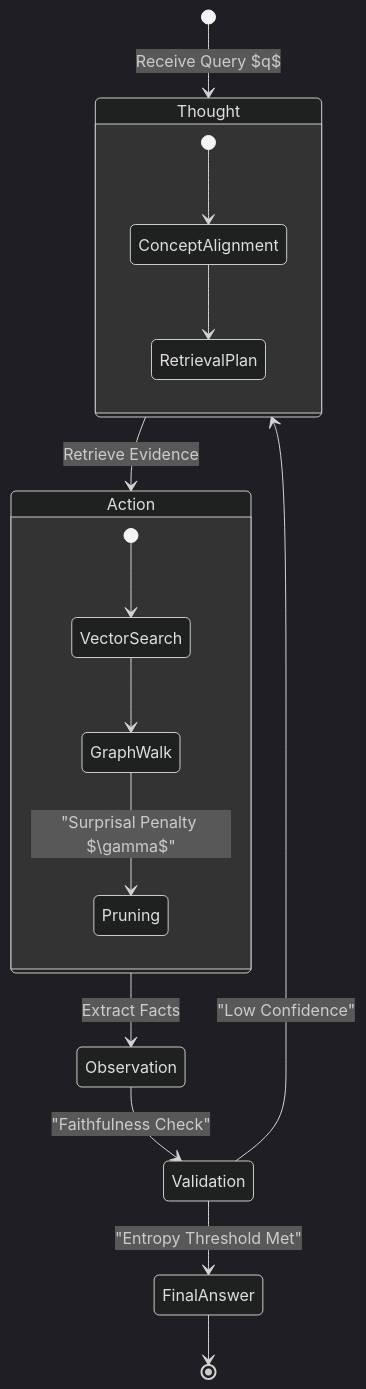
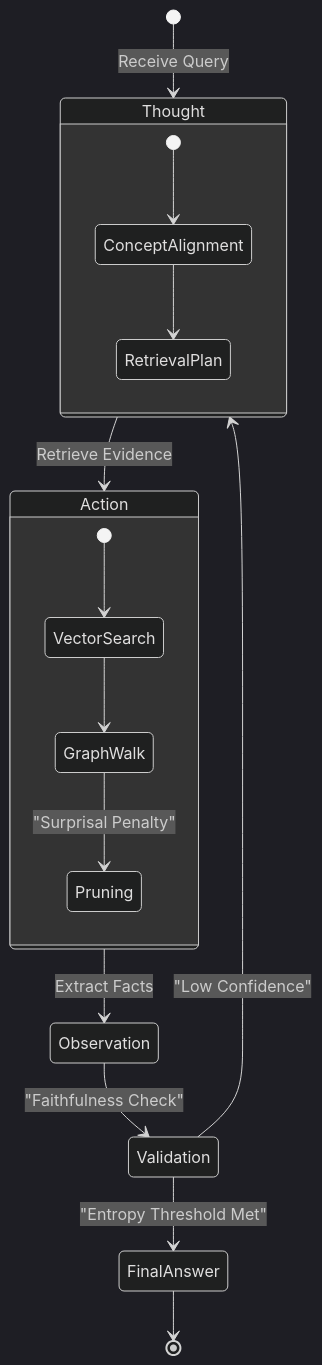
The second of 5 diagrams in README.md (bodesuto/Paper1), drawn with Mermaid (dark theme) before and after one commit. The commit also changed other lines of this file, not shown here.

Commit message:
docs: remove LaTeX mathematical notation from README diagrams and text for better compatibility

````diff
--- a/README.md
+++ b/README.md
@@ -52,25 +52,25 @@
 ```mermaid
 stateDiagram-v2
-    [*] --> Thought: Receive Query $q$
+    [*] --> Thought: Receive Query
     
     state Thought {
         [*] --> ConceptAlignment
         ConceptAlignment --> RetrievalPlan
     }
 
     Thought --> Action: Retrieve Evidence
     
     state Action {
         [*] --> VectorSearch
         VectorSearch --> GraphWalk
-        GraphWalk --> Pruning: "Surprisal Penalty $\gamma$"
+        GraphWalk --> Pruning: "Surprisal Penalty"
     }
 
     Action --> Observation: Extract Facts
     Observation --> Validation: "Faithfulness Check"
     
     Validation --> Thought: "Low Confidence"
     Validation --> FinalAnswer: "Entropy Threshold Met"
     
     FinalAnswer --> [*]
 ```
````
